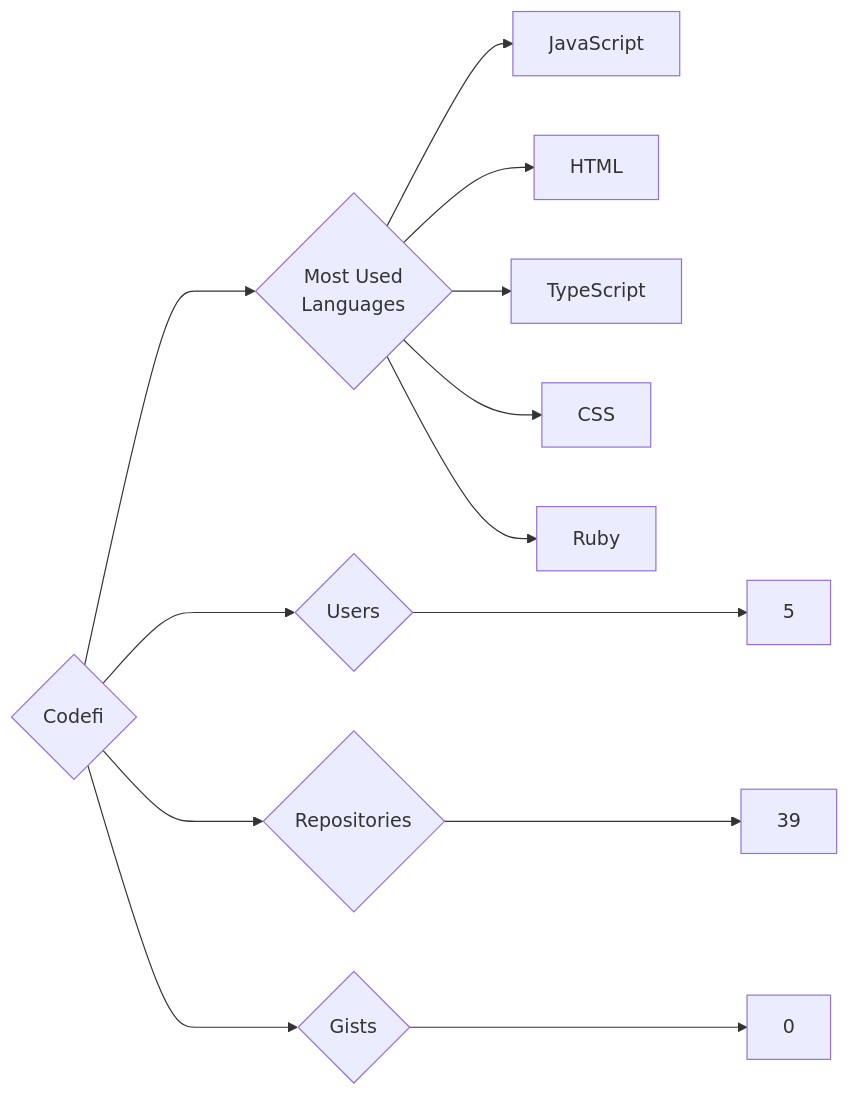
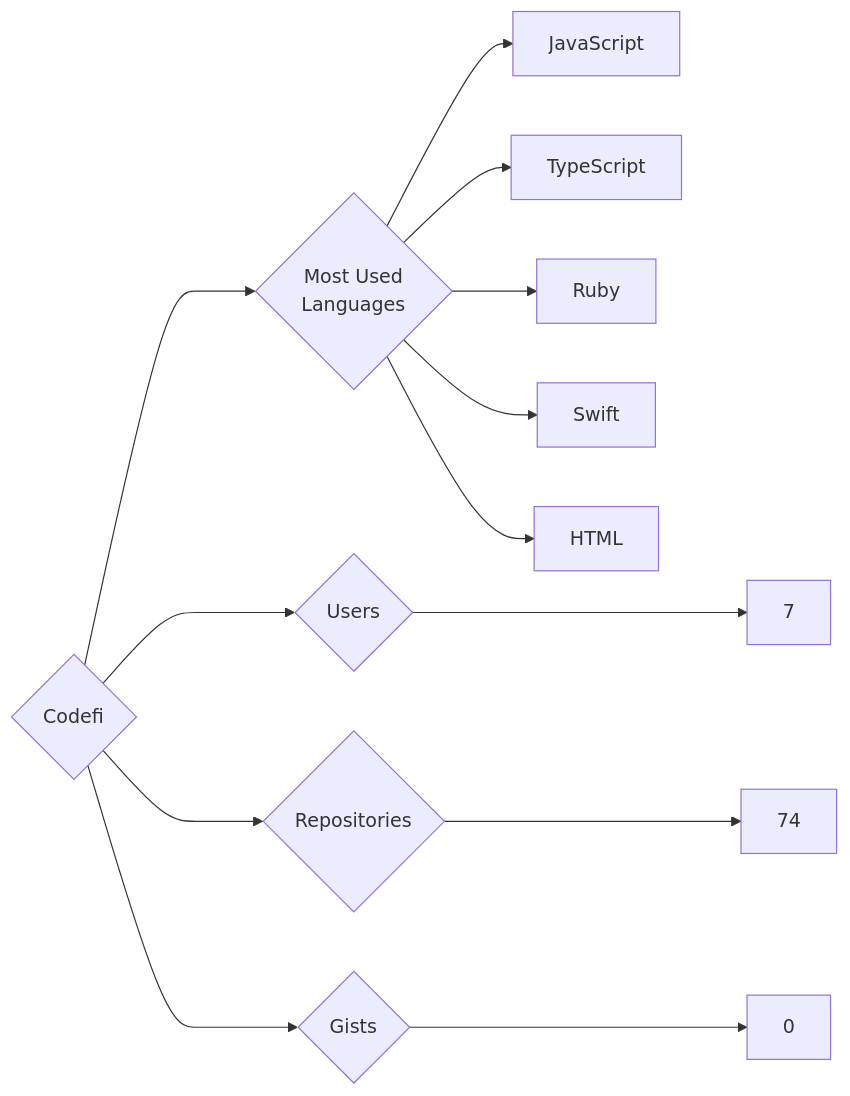
The diagram in targets/Codefi/README.md (trickest/insiders), drawn with Mermaid before and after one commit. The commit also changed 545 other files, not shown here.

````diff
--- a/targets/Codefi/README.md
+++ b/targets/Codefi/README.md
@@ -3,13 +3,13 @@
 ```mermaid
 graph LR
 COMPANY_NAME{Codefi}
-COMPANY_NAME ---> U{Users} ---> UN[5]
-COMPANY_NAME ---> R{Repositories} ---> RN[39]
+COMPANY_NAME ---> U{Users} ---> UN[7]
+COMPANY_NAME ---> R{Repositories} ---> RN[74]
 COMPANY_NAME ---> G{Gists} ---> GN[0]
 COMPANY_NAME ---> ML{Most Used<br>Languages}
 ML --> JavaScript[JavaScript]
+ML --> TypeScript[TypeScript]
+ML --> Ruby[Ruby]
+ML --> Swift[Swift]
 ML --> HTML[HTML]
-ML --> TypeScript[TypeScript]
-ML --> CSS[CSS]
-ML --> Ruby[Ruby]
 ```
````
